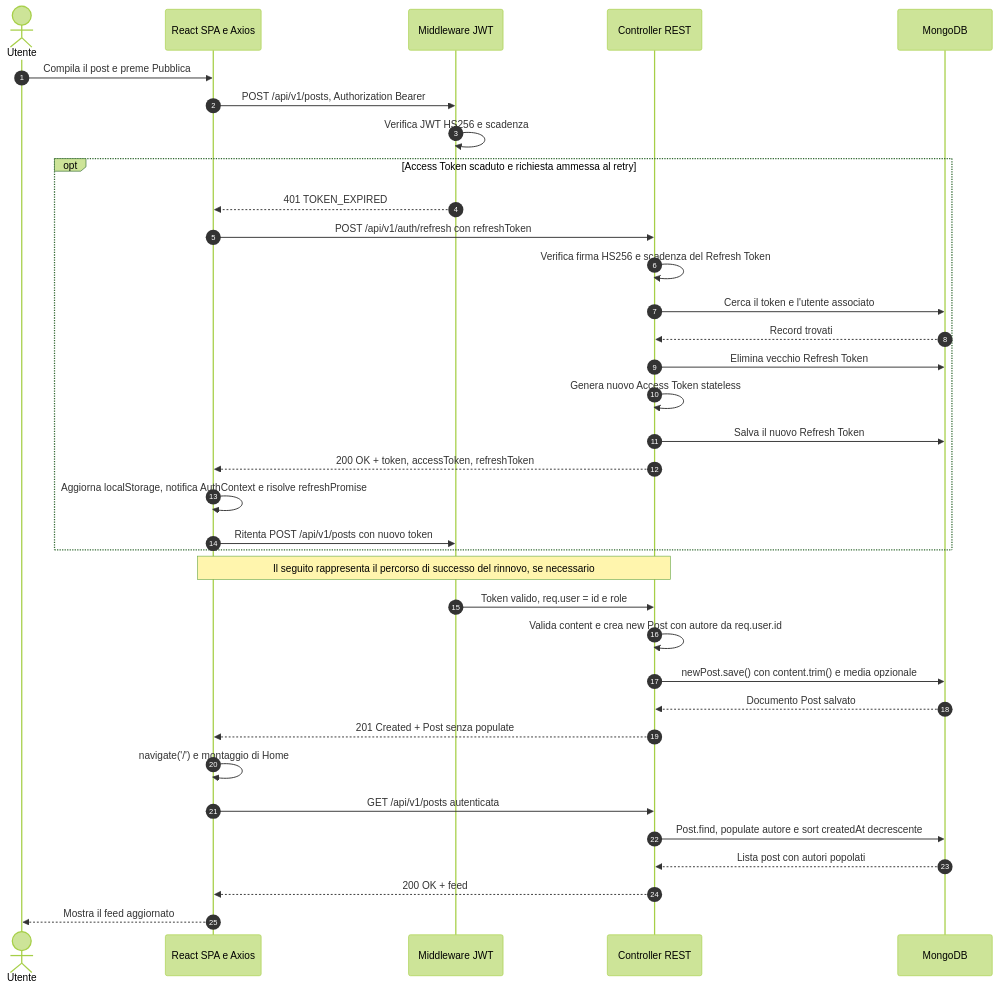
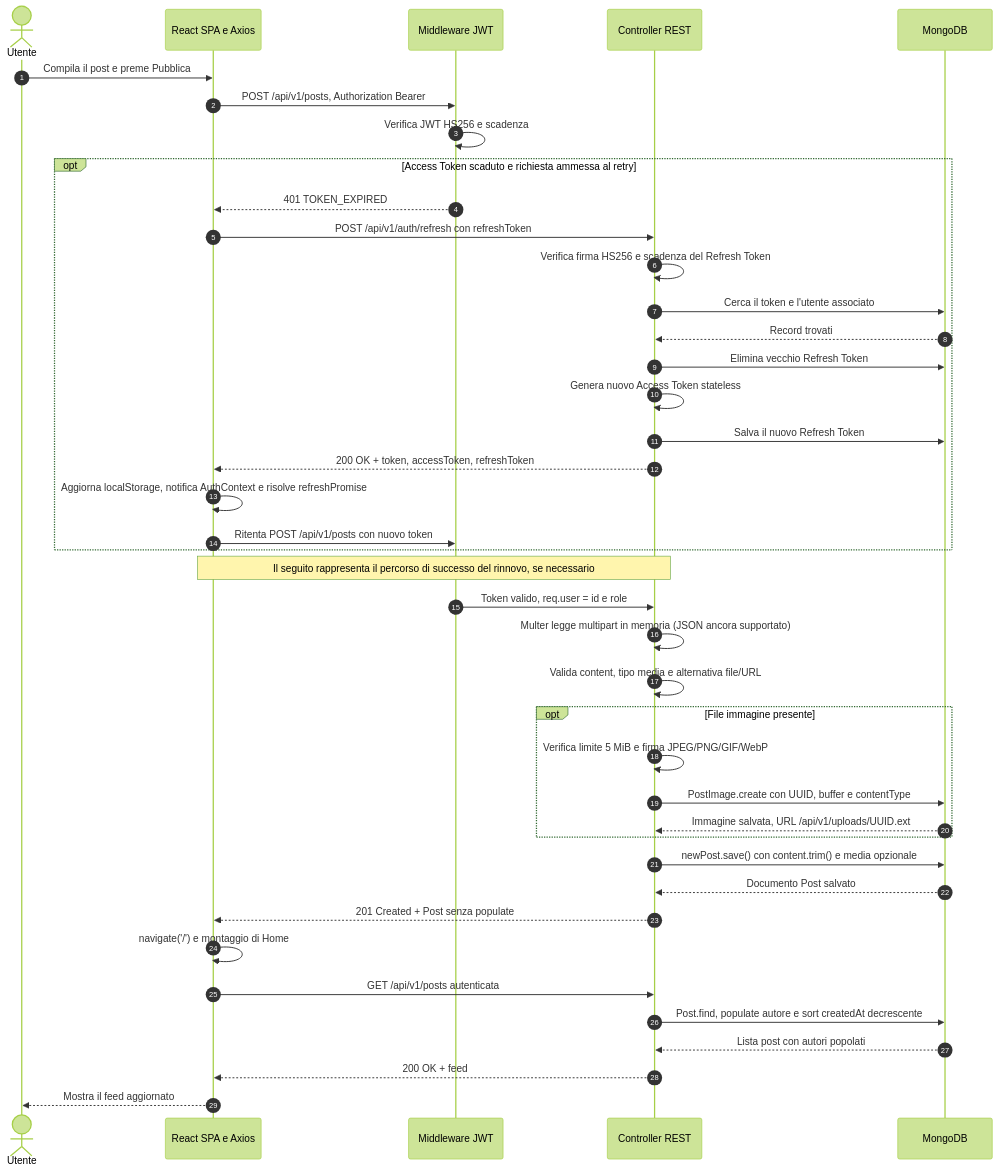
The fourth of 5 diagrams in README.md (LucaValenz/JamPulse), drawn with Mermaid (forest theme) before and after one commit. The commit also changed other lines of this file and 9 other files, not shown here.

````diff
--- a/README.md
+++ b/README.md
@@ -311,38 +320,44 @@
 ```mermaid
 sequenceDiagram
     autonumber
     actor Utente
     participant FE as React SPA e Axios
     participant Auth as Middleware JWT
     participant BE as Controller REST
     participant DB as MongoDB
 
     Utente ->> FE: Compila il post e preme Pubblica
     FE ->> Auth: POST /api/v1/posts, Authorization Bearer
     Auth ->> Auth: Verifica JWT HS256 e scadenza
     opt Access Token scaduto e richiesta ammessa al retry
         Auth -->> FE: 401 TOKEN_EXPIRED
         FE ->> BE: POST /api/v1/auth/refresh con refreshToken
         BE ->> BE: Verifica firma HS256 e scadenza del Refresh Token
         BE ->> DB: Cerca il token e l'utente associato
         DB -->> BE: Record trovati
         BE ->> DB: Elimina vecchio Refresh Token
         BE ->> BE: Genera nuovo Access Token stateless
         BE ->> DB: Salva il nuovo Refresh Token
         BE -->> FE: 200 OK + token, accessToken, refreshToken
         FE ->> FE: Aggiorna localStorage, notifica AuthContext e risolve refreshPromise
         FE ->> Auth: Ritenta POST /api/v1/posts con nuovo token
     end
     Note over FE,BE: Il seguito rappresenta il percorso di successo del rinnovo, se necessario
     Auth ->> BE: Token valido, req.user = id e role
-    BE ->> BE: Valida content e crea new Post con autore da req.user.id
+    BE ->> BE: Multer legge multipart in memoria (JSON ancora supportato)
+    BE ->> BE: Valida content, tipo media e alternativa file/URL
+    opt File immagine presente
+        BE ->> BE: Verifica limite 5 MiB e firma JPEG/PNG/GIF/WebP
+        BE ->> DB: PostImage.create con UUID, buffer e contentType
+        DB -->> BE: Immagine salvata, URL /api/v1/uploads/UUID.ext
+    end
     BE ->> DB: newPost.save() con content.trim() e media opzionale
     DB -->> BE: Documento Post salvato
     BE -->> FE: 201 Created + Post senza populate
     FE ->> FE: navigate('/') e montaggio di Home
     FE ->> BE: GET /api/v1/posts autenticata
     BE ->> DB: Post.find, populate autore e sort createdAt decrescente
     DB -->> BE: Lista post con autori popolati
     BE -->> FE: 200 OK + feed
     FE -->> Utente: Mostra il feed aggiornato
 ```
````
